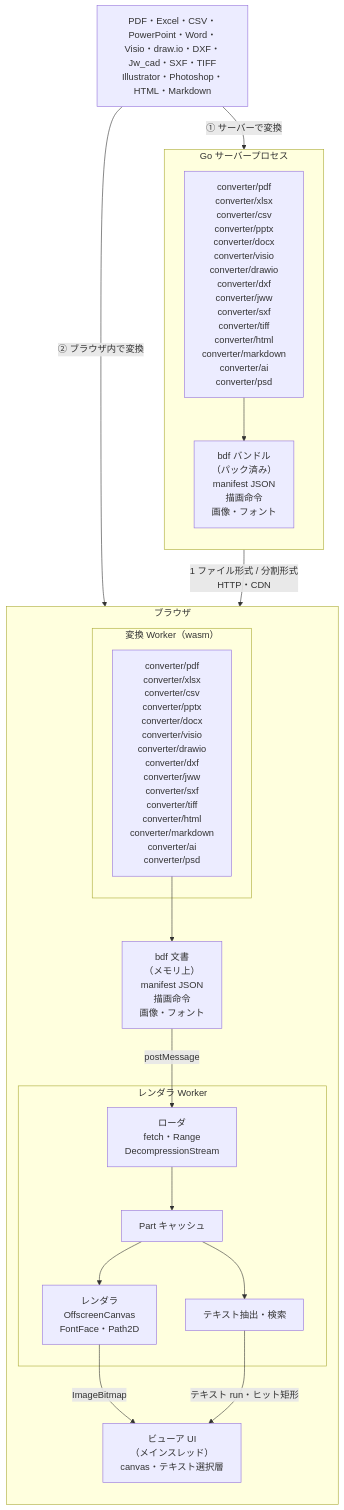
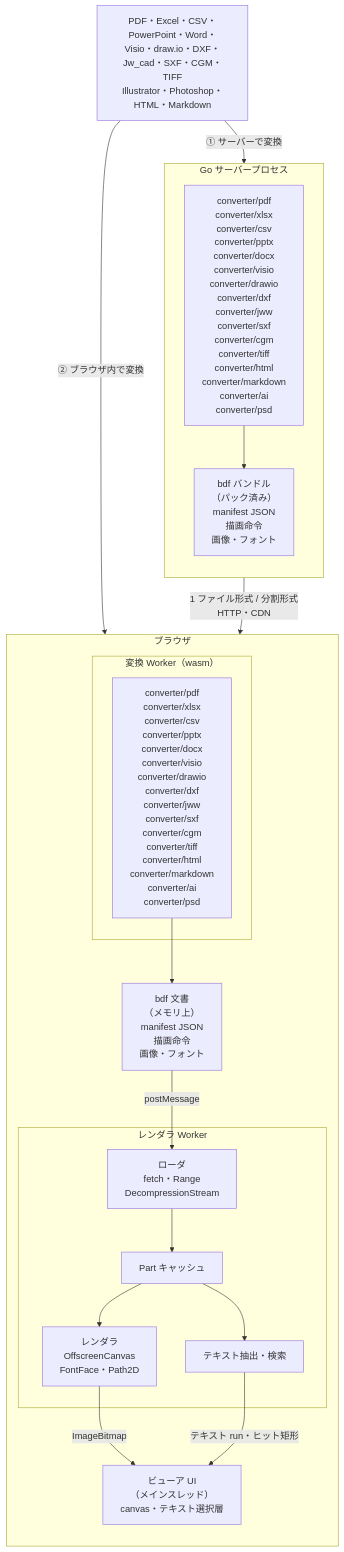
The diagram in README.ja.md (shibukawa/bdf), drawn with Mermaid before and after one commit. The commit also changed other lines of this file and 42 other files, not shown here.

````diff
--- a/README.ja.md
+++ b/README.ja.md
@@ -20,37 +20,37 @@
 ```mermaid
 flowchart TB
-    SRC["PDF・Excel・CSV・PowerPoint・Word・Visio・draw.io・DXF・Jw_cad・SXF・TIFF<br/>Illustrator・Photoshop・HTML・Markdown"]
+    SRC["PDF・Excel・CSV・PowerPoint・Word・Visio・draw.io・DXF・Jw_cad・SXF・CGM・TIFF<br/>Illustrator・Photoshop・HTML・Markdown"]
 
     subgraph SERVER["Go サーバープロセス"]
         direction TB
-        SCONV["converter/pdf<br/>converter/xlsx<br/>converter/csv<br/>converter/pptx<br/>converter/docx<br/>converter/visio<br/>converter/drawio<br/>converter/dxf<br/>converter/jww<br/>converter/sxf<br/>converter/tiff<br/>converter/html<br/>converter/markdown<br/>converter/ai<br/>converter/psd"]
+        SCONV["converter/pdf<br/>converter/xlsx<br/>converter/csv<br/>converter/pptx<br/>converter/docx<br/>converter/visio<br/>converter/drawio<br/>converter/dxf<br/>converter/jww<br/>converter/sxf<br/>converter/cgm<br/>converter/tiff<br/>converter/html<br/>converter/markdown<br/>converter/ai<br/>converter/psd"]
         BUNDLE["bdf バンドル<br/>（パック済み）<br/>manifest JSON<br/>描画命令<br/>画像・フォント"]
         SCONV --> BUNDLE
     end
 
     subgraph BROWSER["ブラウザ"]
         direction TB
         subgraph CWORKER["変換 Worker（wasm）"]
-            WCONV["converter/pdf<br/>converter/xlsx<br/>converter/csv<br/>converter/pptx<br/>converter/docx<br/>converter/visio<br/>converter/drawio<br/>converter/dxf<br/>converter/jww<br/>converter/sxf<br/>converter/tiff<br/>converter/html<br/>converter/markdown<br/>converter/ai<br/>converter/psd"]
+            WCONV["converter/pdf<br/>converter/xlsx<br/>converter/csv<br/>converter/pptx<br/>converter/docx<br/>converter/visio<br/>converter/drawio<br/>converter/dxf<br/>converter/jww<br/>converter/sxf<br/>converter/cgm<br/>converter/tiff<br/>converter/html<br/>converter/markdown<br/>converter/ai<br/>converter/psd"]
         end
         PARTS["bdf 文書<br/>（メモリ上）<br/>manifest JSON<br/>描画命令<br/>画像・フォント"]
         subgraph RWORKER["レンダラ Worker"]
             LOADER["ローダ<br/>fetch・Range<br/>DecompressionStream"]
             STORE["Part キャッシュ"]
             RENDER["レンダラ<br/>OffscreenCanvas<br/>FontFace・Path2D"]
             TEXT["テキスト抽出・検索"]
             LOADER --> STORE
             STORE --> RENDER
             STORE --> TEXT
         end
         UI["ビューア UI<br/>（メインスレッド）<br/>canvas・テキスト選択層"]
         WCONV --> PARTS
     end
 
     SRC -- "① サーバーで変換" --> SCONV
     SRC -- "② ブラウザ内で変換" --> WCONV
     BUNDLE -- "1 ファイル形式 / 分割形式<br/>HTTP・CDN" --> LOADER
     PARTS -- "postMessage" --> LOADER
     RENDER -- "ImageBitmap" --> UI
     TEXT -- "テキスト run・ヒット矩形" --> UI
 ```
````
